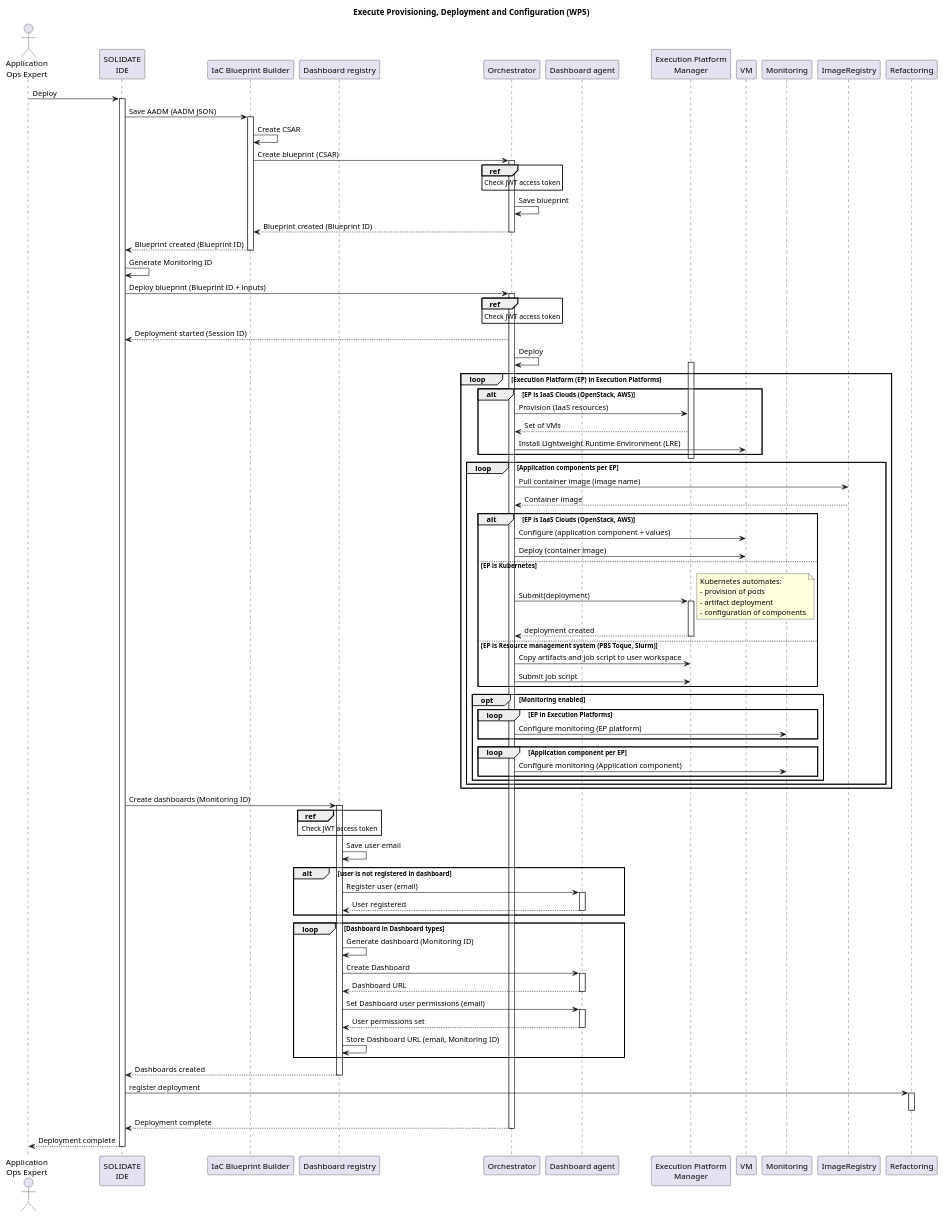
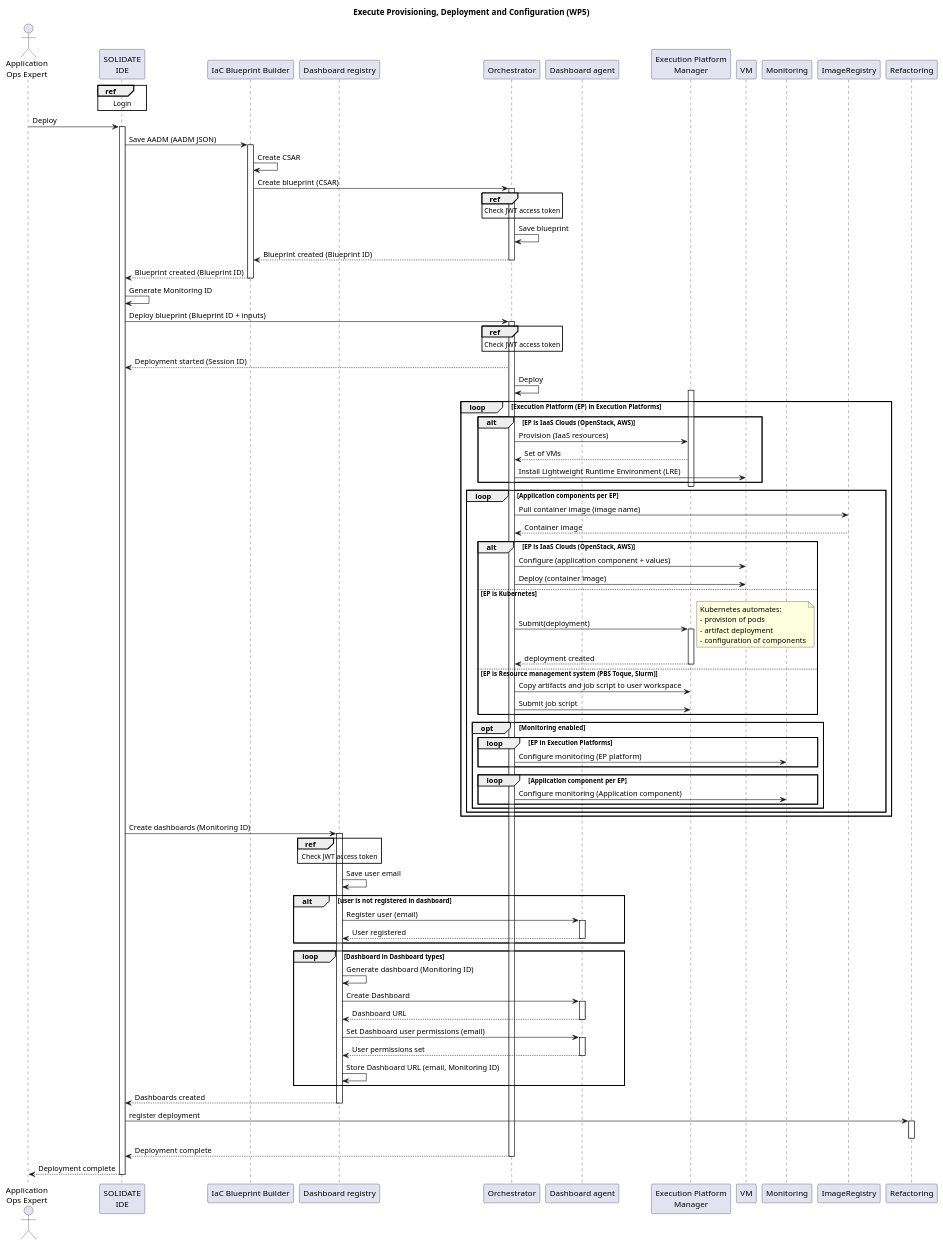
The diagram in uml/sequence-diagrams/UC-06-ExecuteProvisioningDeploymentAndConfiguration-WP5.puml (SODALITE-EU/project-wide-documentation), drawn with PlantUML before and after one commit. The commit also changed 2 other files, not shown here.

```diff
--- a/uml/sequence-diagrams/UC-06-ExecuteProvisioningDeploymentAndConfiguration-WP5.puml
+++ b/uml/sequence-diagrams/UC-06-ExecuteProvisioningDeploymentAndConfiguration-WP5.puml
@@ -1,124 +1,126 @@
 @startuml
 
 title Execute Provisioning, Deployment and Configuration (WP5)
 
 actor "Application\nOps Expert" as ops
 participant "SOLIDATE\nIDE" as ide
 participant "IaC Blueprint Builder" as builder
 participant "Dashboard registry" as registry
 participant  Orchestrator as orch
 participant "Dashboard agent" as dash
 participant "Execution Platform\nManager" as res
 participant "VM" as VM
 participant "Monitoring" as mon
 participant "ImageRegistry" as imagereg
 participant "Refactoring" as refact
+
+ref over ide: Login
 
 ops->ide: Deploy
 activate ide
 ide->builder: Save AADM (AADM JSON)
 activate builder
 builder->builder: Create CSAR
 builder->orch: Create blueprint (CSAR)
 activate orch
 ref over orch: Check JWT access token
 orch->orch: Save blueprint
 orch-->builder: Blueprint created (Blueprint ID)
 deactivate orch
 builder-->ide: Blueprint created (Blueprint ID)
 deactivate builder
 
 ide -> ide: Generate Monitoring ID
 
 ide->orch: Deploy blueprint (Blueprint ID + inputs)
 activate orch
 ref over orch: Check JWT access token
 orch-->ide: Deployment started (Session ID)
 orch->orch: Deploy
 
 loop Execution Platform (EP) in Execution Platforms
 
   activate res
   alt EP is IaaS Clouds (OpenStack, AWS)
     orch->res: Provision (IaaS resources)
     res-->orch: Set of VMs
     orch->VM: Install Lightweight Runtime Environment (LRE)
   end
   deactivate res
 
   loop Application components per EP
 
     orch->imagereg: Pull container image (image name)
     imagereg-->orch: Container image
 
     alt EP is IaaS Clouds (OpenStack, AWS)
       orch->VM: Configure (application component + values)
       orch->VM: Deploy (container image)
     else EP is Kubernetes
       orch->res: Submit(deployment)
       activate res
         note right
           Kubernetes automates:
           - provision of pods
           - artifact deployment
           - configuration of components
         end note
         res-->orch: deployment created
       deactivate res
 
     else EP is Resource management system (PBS Toque, Slurm)
       orch->res: Copy artifacts and job script to user workspace
       orch->res: Submit job script
     end
 
     opt Monitoring enabled
       loop EP in Execution Platforms
       orch->mon: Configure monitoring (EP platform)
       end
       loop Application component per EP
       orch->mon: Configure monitoring (Application component)
       end
     end
 
   end
 end
 
 ide -> registry: Create dashboards (Monitoring ID)
 activate registry
 ref over registry: Check JWT access token
 registry -> registry: Save user email
 
 alt user is not registered in dashboard
 	    registry -> dash: Register user (email)
 	    activate dash
 	    dash --> registry: User registered
 	    deactivate dash
 end
 
 loop Dashboard in Dashboard types
 	registry -> registry: Generate dashboard (Monitoring ID)
 	registry -> dash: Create Dashboard
 	activate dash
 	dash --> registry: Dashboard URL
 	deactivate dash
 	registry -> dash: Set Dashboard user permissions (email)
 	activate dash
 	dash --> registry: User permissions set
 	deactivate dash
 	registry -> registry: Store Dashboard URL (email, Monitoring ID)
 
 end
 registry --> ide: Dashboards created
 deactivate registry
 
 ide->refact: register deployment
 activate refact
 deactivate refact
 
 orch-->ide: Deployment complete
 deactivate orch
 ide-->ops: Deployment complete
 deactivate ide
 
 
 @enduml
```
